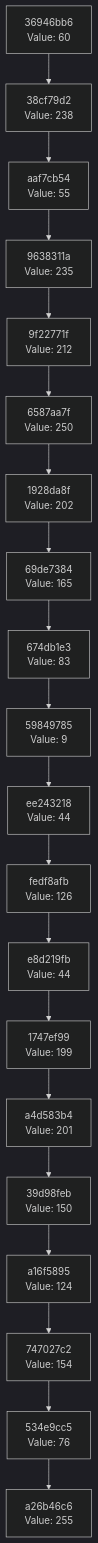
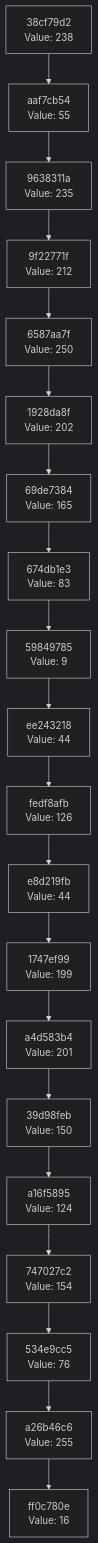
Before and after one commit to Abhisheksinha1506/hash-chain-evolver: the diagram in docs/CHAIN_VISUALIZATION.md, drawn with Mermaid (dark theme). The commit also changed 3 other files, not shown here.

````diff
--- a/docs/CHAIN_VISUALIZATION.md
+++ b/docs/CHAIN_VISUALIZATION.md
@@ -3,42 +3,42 @@
 ```mermaid
 graph TD
-    C0["a26b46c6<br/>Value: 255"]
-    C1["534e9cc5<br/>Value: 76"]
+    C0["ff0c780e<br/>Value: 16"]
+    C1["a26b46c6<br/>Value: 255"]
     C1 --> C0
-    C2["747027c2<br/>Value: 154"]
+    C2["534e9cc5<br/>Value: 76"]
     C2 --> C1
-    C3["a16f5895<br/>Value: 124"]
+    C3["747027c2<br/>Value: 154"]
     C3 --> C2
-    C4["39d98feb<br/>Value: 150"]
+    C4["a16f5895<br/>Value: 124"]
     C4 --> C3
-    C5["a4d583b4<br/>Value: 201"]
+    C5["39d98feb<br/>Value: 150"]
     C5 --> C4
-    C6["1747ef99<br/>Value: 199"]
+    C6["a4d583b4<br/>Value: 201"]
     C6 --> C5
-    C7["e8d219fb<br/>Value: 44"]
+    C7["1747ef99<br/>Value: 199"]
     C7 --> C6
-    C8["fedf8afb<br/>Value: 126"]
+    C8["e8d219fb<br/>Value: 44"]
     C8 --> C7
-    C9["ee243218<br/>Value: 44"]
+    C9["fedf8afb<br/>Value: 126"]
     C9 --> C8
-    C10["59849785<br/>Value: 9"]
+    C10["ee243218<br/>Value: 44"]
     C10 --> C9
-    C11["674db1e3<br/>Value: 83"]
+    C11["59849785<br/>Value: 9"]
     C11 --> C10
-    C12["69de7384<br/>Value: 165"]
+    C12["674db1e3<br/>Value: 83"]
     C12 --> C11
-    C13["1928da8f<br/>Value: 202"]
+    C13["69de7384<br/>Value: 165"]
     C13 --> C12
-    C14["6587aa7f<br/>Value: 250"]
+    C14["1928da8f<br/>Value: 202"]
     C14 --> C13
-    C15["9f22771f<br/>Value: 212"]
+    C15["6587aa7f<br/>Value: 250"]
     C15 --> C14
-    C16["9638311a<br/>Value: 235"]
+    C16["9f22771f<br/>Value: 212"]
     C16 --> C15
-    C17["aaf7cb54<br/>Value: 55"]
+    C17["9638311a<br/>Value: 235"]
     C17 --> C16
-    C18["38cf79d2<br/>Value: 238"]
+    C18["aaf7cb54<br/>Value: 55"]
     C18 --> C17
-    C19["36946bb6<br/>Value: 60"]
+    C19["38cf79d2<br/>Value: 238"]
     C19 --> C18
 ```
````
